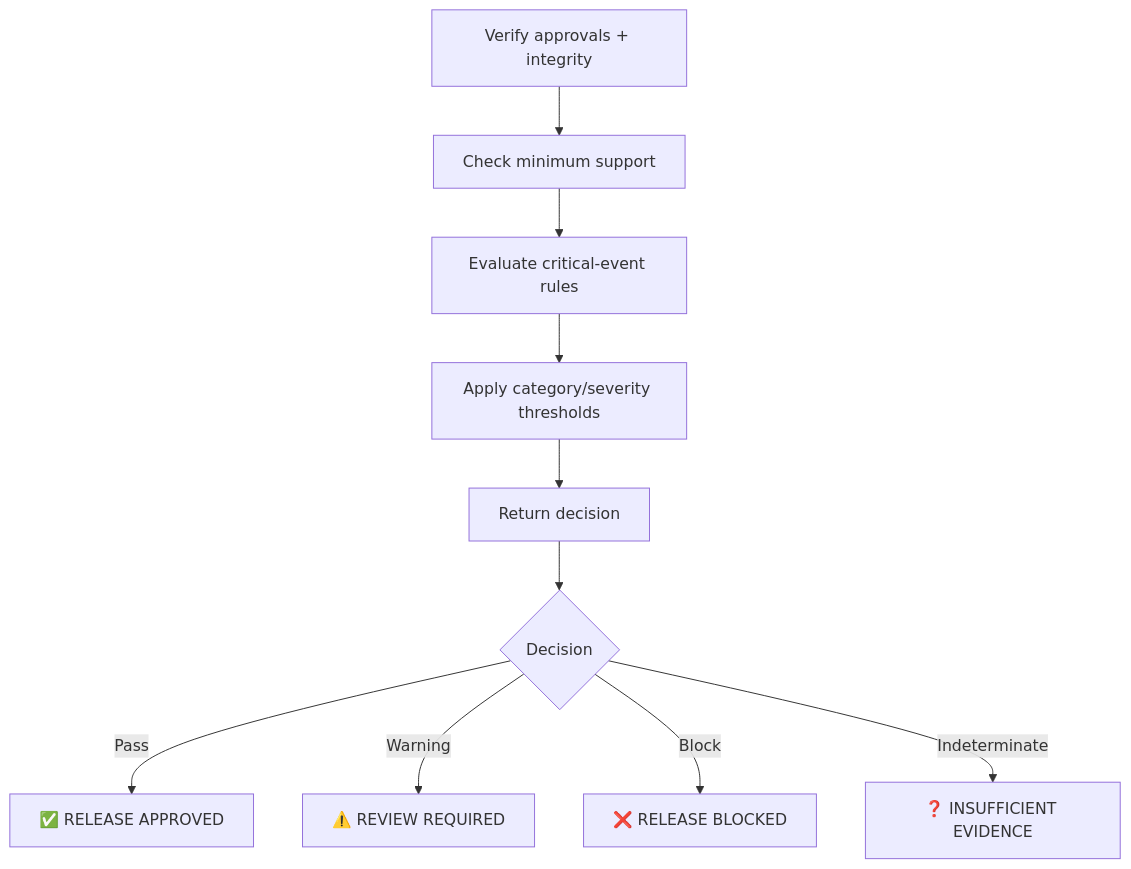
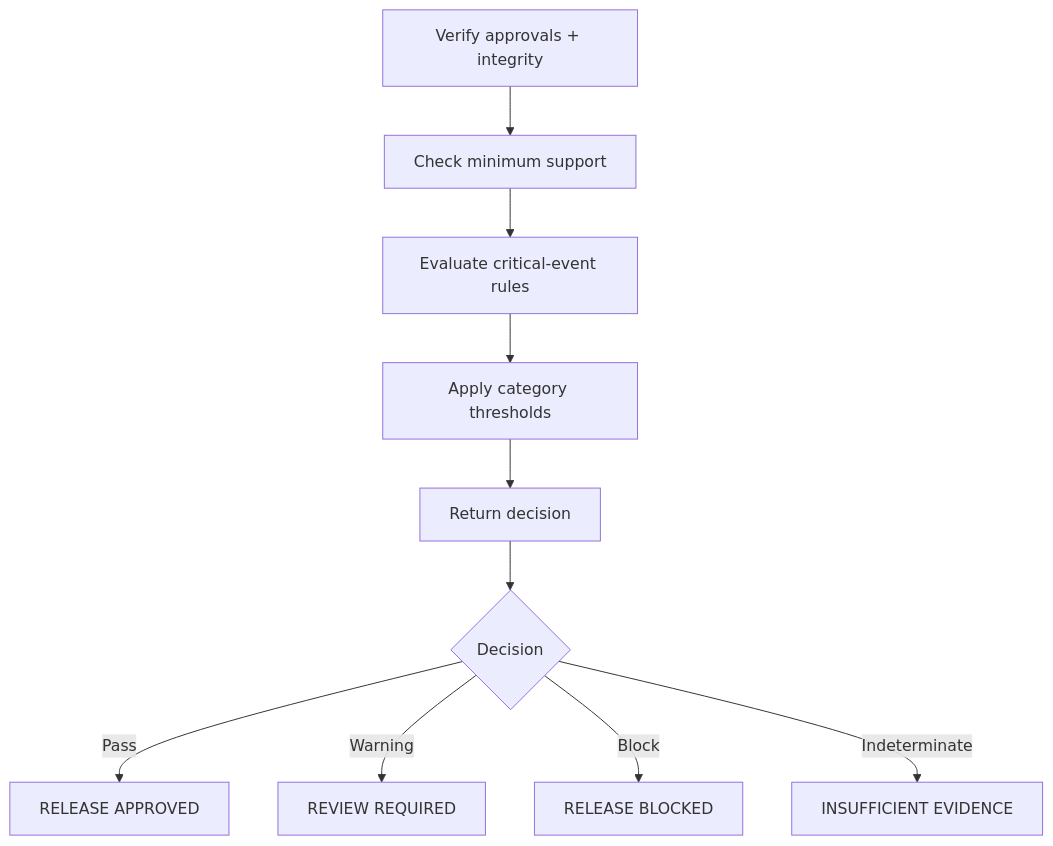
Before and after one commit to Runndownn/Wilson-Eval3ngine-: the seventh of 10 diagrams in README.md, drawn with Mermaid. The commit also changed other lines of this file, not shown here.

Commit message:
docs: fix mermaid diagrams and update test counts to 618 total

````diff
--- a/README.md
+++ b/README.md
@@ -405,13 +419,13 @@
 ```mermaid
 flowchart TD
     A[Verify approvals + integrity] --> B[Check minimum support]
     B --> C[Evaluate critical-event rules]
-    C --> D[Apply category/severity thresholds]
+    C --> D[Apply category thresholds]
     D --> E[Return decision]
     
     E --> F{Decision}
-    F -->|Pass| PASS[✅ RELEASE APPROVED]
-    F -->|Warning| WARN[⚠️ REVIEW REQUIRED]
-    F -->|Block| BLOCK[❌ RELEASE BLOCKED]
-    F -->|Indeterminate| INDET[❓ INSUFFICIENT EVIDENCE]
+    F -->|Pass| PASS[RELEASE APPROVED]
+    F -->|Warning| WARN[REVIEW REQUIRED]
+    F -->|Block| BLOCK[RELEASE BLOCKED]
+    F -->|Indeterminate| INDET[INSUFFICIENT EVIDENCE]
 ```
````
